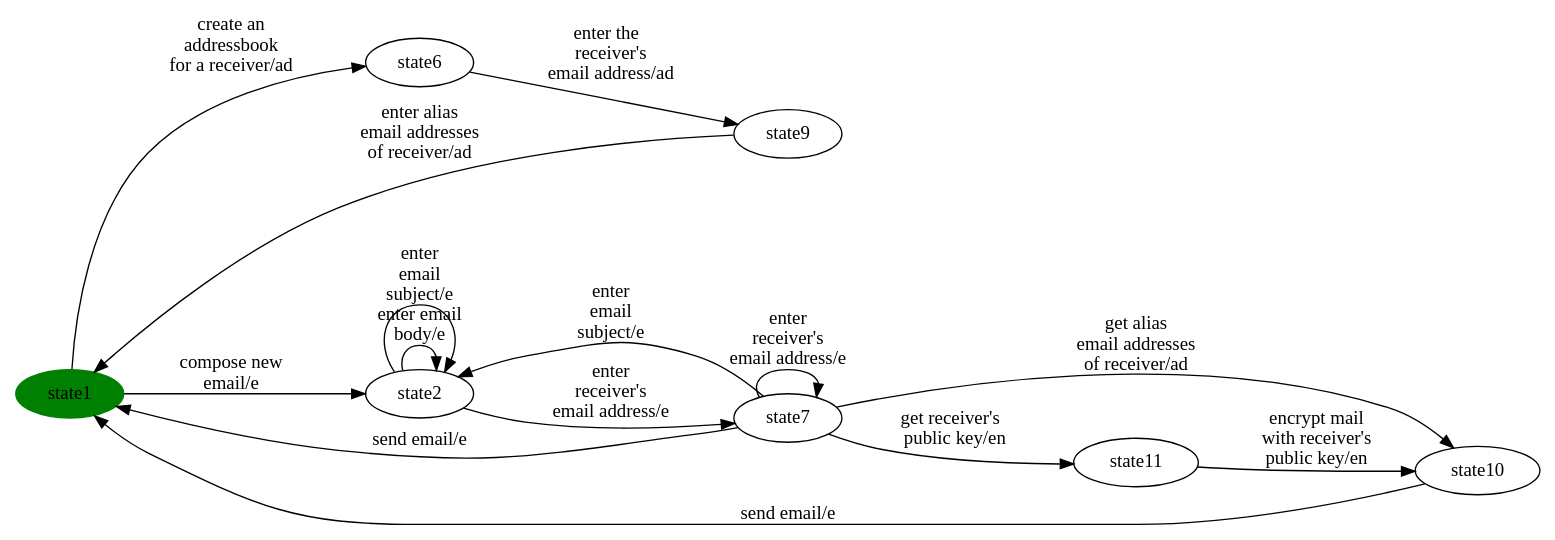
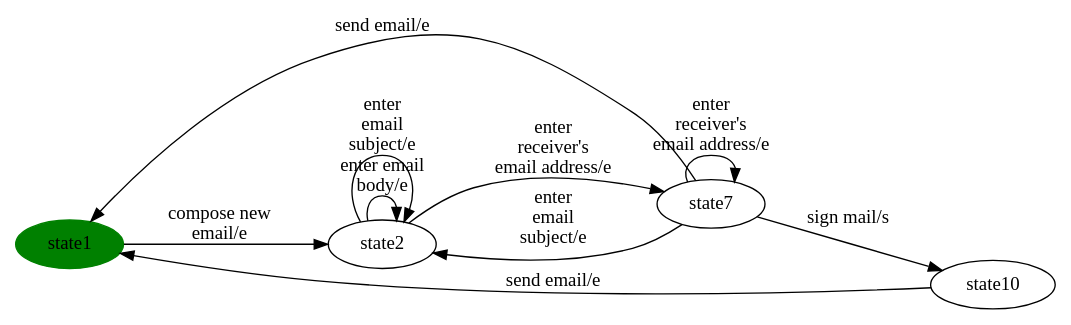
Before and after one commit to dilekozturk93/vibes: the diagram in automode-reports/per-product/eMail/eMail-product19.dot, drawn with Graphviz. The commit also changed 43 other files, not shown here.

```diff
--- a/automode-reports/per-product/eMail/eMail-product19.dot
+++ b/automode-reports/per-product/eMail/eMail-product19.dot
@@ -1,45 +1,26 @@
 digraph G {
 rankdir=LR;
 state0[ label = "state1", style=filled, color=green ];
-state1 [ label = "state9" ];
-state1 -> state0 [ label=" enter alias 
-email addresses 
-of receiver/ad " ];
-state2 [ label = "state6" ];
-state2 -> state1 [ label=" enter the  
-receiver's 
-email address/ad " ];
-state3 [ label = "state11" ];
-state3 -> state4 [ label=" encrypt mail 
-with receiver's 
-public key/en " ];
-state4 [ label = "state10" ];
-state4 -> state0 [ label=" send email/e " ];
-state5 [ label = "state7" ];
-state5 -> state0 [ label=" send email/e " ];
-state5 -> state3 [ label=" get receiver's  
-public key/en " ];
-state5 -> state6 [ label=" enter
+state1 [ label = "state10" ];
+state1 -> state0 [ label=" send email/e " ];
+state2 [ label = "state7" ];
+state2 -> state0 [ label=" send email/e " ];
+state2 -> state1 [ label=" sign mail/s " ];
+state2 -> state3 [ label=" enter
  email 
 subject/e " ];
-state5 -> state5 [ label=" enter 
+state2 -> state2 [ label=" enter 
 receiver's 
 email address/e " ];
-state5 -> state4 [ label=" get alias 
-email addresses 
-of receiver/ad " ];
-state6 [ label = "state2" ];
-state6 -> state5 [ label=" enter 
+state3 [ label = "state2" ];
+state3 -> state2 [ label=" enter 
 receiver's 
 email address/e " ];
-state6 -> state6 [ label=" enter email 
+state3 -> state3 [ label=" enter email 
 body/e " ];
-state6 -> state6 [ label=" enter
+state3 -> state3 [ label=" enter
  email 
 subject/e " ];
-state0 -> state2 [ label=" create an 
-addressbook 
-for a receiver/ad " ];
-state0 -> state6 [ label=" compose new 
+state0 -> state3 [ label=" compose new 
 email/e " ];
 }
```
